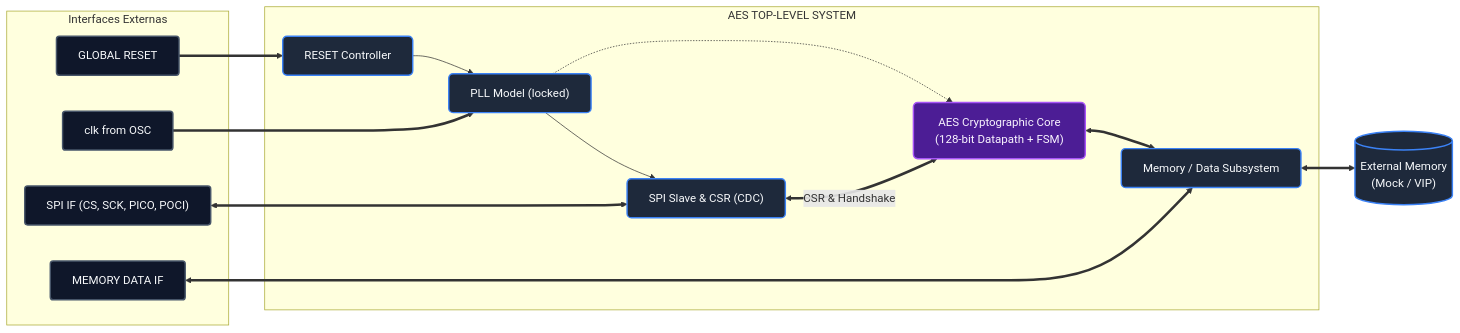
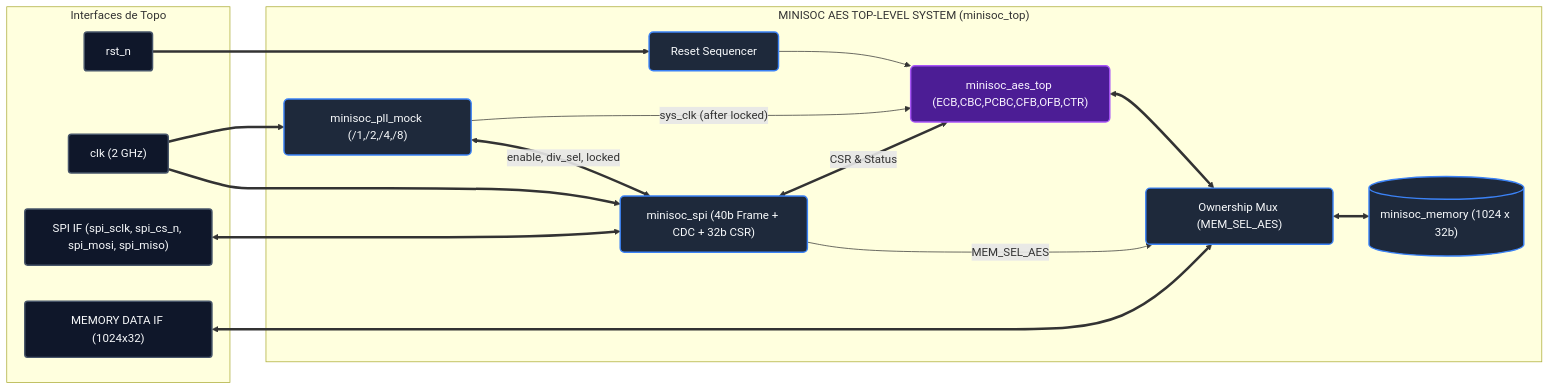
The diagram in README.md (anderson-pereira/hands-on-ciexpert), drawn with Mermaid before and after one commit. The commit also changed other lines of this file and 19 other files, not shown here.

First line of the commit message:
feat(spi): implement 40-bit Mode 0 SPI front-end, CDC, and 32-bit CSR bank

````diff
--- a/README.md
+++ b/README.md
@@ -16,35 +16,36 @@
 ```mermaid
 flowchart LR
     classDef port fill:#0f172a,stroke:#475569,stroke-width:2px,color:#f8fafc,rx:4,ry:4;
     classDef blk fill:#1e293b,stroke:#3b82f6,stroke-width:2px,color:#f8fafc,rx:6,ry:6;
     classDef core fill:#4c1d95,stroke:#a855f7,stroke-width:2px,color:#faf5ff,rx:6,ry:6;
 
-    subgraph EXT_IO ["Interfaces Externas"]
-        RST["GLOBAL RESET"]:::port
-        CLK["clk from OSC"]:::port
-        SPI_IO["SPI IF (CS, SCK, PICO, POCI)"]:::port
-        MEM_IO["MEMORY DATA IF"]:::port
+    subgraph EXT_IO ["Interfaces de Topo"]
+        RST["rst_n"]:::port
+        CLK["clk (2 GHz)"]:::port
+        SPI_IO["SPI IF (spi_sclk, spi_cs_n, spi_mosi, spi_miso)"]:::port
+        MEM_IO["MEMORY DATA IF (1024x32)"]:::port
     end
 
-    subgraph TOP ["AES TOP-LEVEL SYSTEM"]
-        RST_BLK["RESET Controller"]:::blk
-        PLL_BLK["PLL Model (locked)"]:::blk
-        SPI_BLK["SPI Slave & CSR (CDC)"]:::blk
-        MEM_SYS["Memory / Data Subsystem"]:::blk
-        AES_CORE["AES Cryptographic Core\n(128-bit Datapath + FSM)"]:::core
+    subgraph TOP ["MINISOC AES TOP-LEVEL SYSTEM (minisoc_top)"]
+        RST_BLK["Reset Sequencer"]:::blk
+        PLL_BLK["minisoc_pll_mock (/1,/2,/4,/8)"]:::blk
+        SPI_BLK["minisoc_spi (40b Frame + CDC + 32b CSR)"]:::blk
+        AES_CORE["minisoc_aes_top (ECB,CBC,PCBC,CFB,OFB,CTR)"]:::core
+        MEM_MUX["Ownership Mux (MEM_SEL_AES)"]:::blk
+        SRAM[("minisoc_memory (1024 x 32b)")]:::blk
     end
-
-    EXT_MEM[("External Memory\n(Mock / VIP)")]:::blk
 
     RST ==> RST_BLK
     CLK ==> PLL_BLK
+    CLK ==> SPI_BLK
     SPI_IO <==> SPI_BLK
-    MEM_IO <==> MEM_SYS
+    MEM_IO <==> MEM_MUX
 
-    RST_BLK --> PLL_BLK
-    PLL_BLK --> SPI_BLK
-    PLL_BLK -.-> AES_CORE
-    SPI_BLK <==>|"CSR & Handshake"| AES_CORE
-    AES_CORE <==> MEM_SYS
-    MEM_SYS <==> EXT_MEM
+    RST_BLK --> AES_CORE
+    PLL_BLK -->|"sys_clk (after locked)"| AES_CORE
+    PLL_BLK <==>|"enable, div_sel, locked"| SPI_BLK
+    SPI_BLK <==>|"CSR & Status"| AES_CORE
+    SPI_BLK -->|"MEM_SEL_AES"| MEM_MUX
+    AES_CORE <==> MEM_MUX
+    MEM_MUX <==> SRAM
 ```
````
